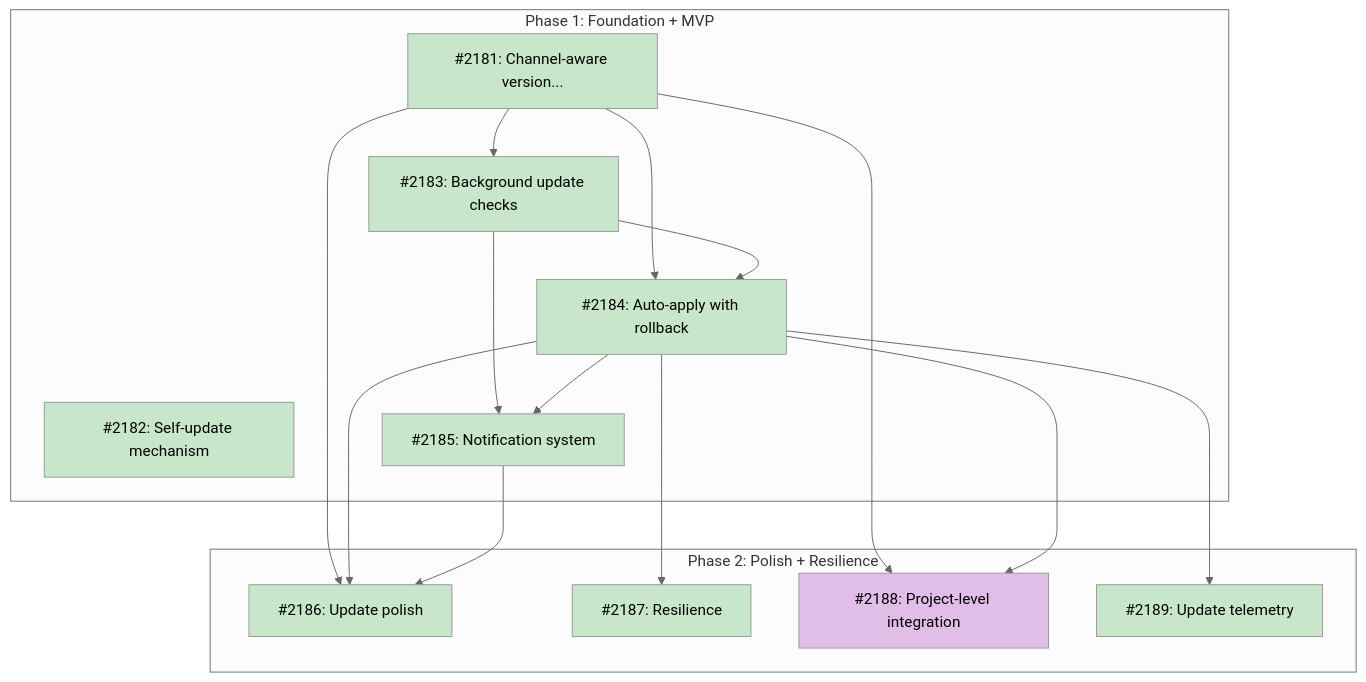
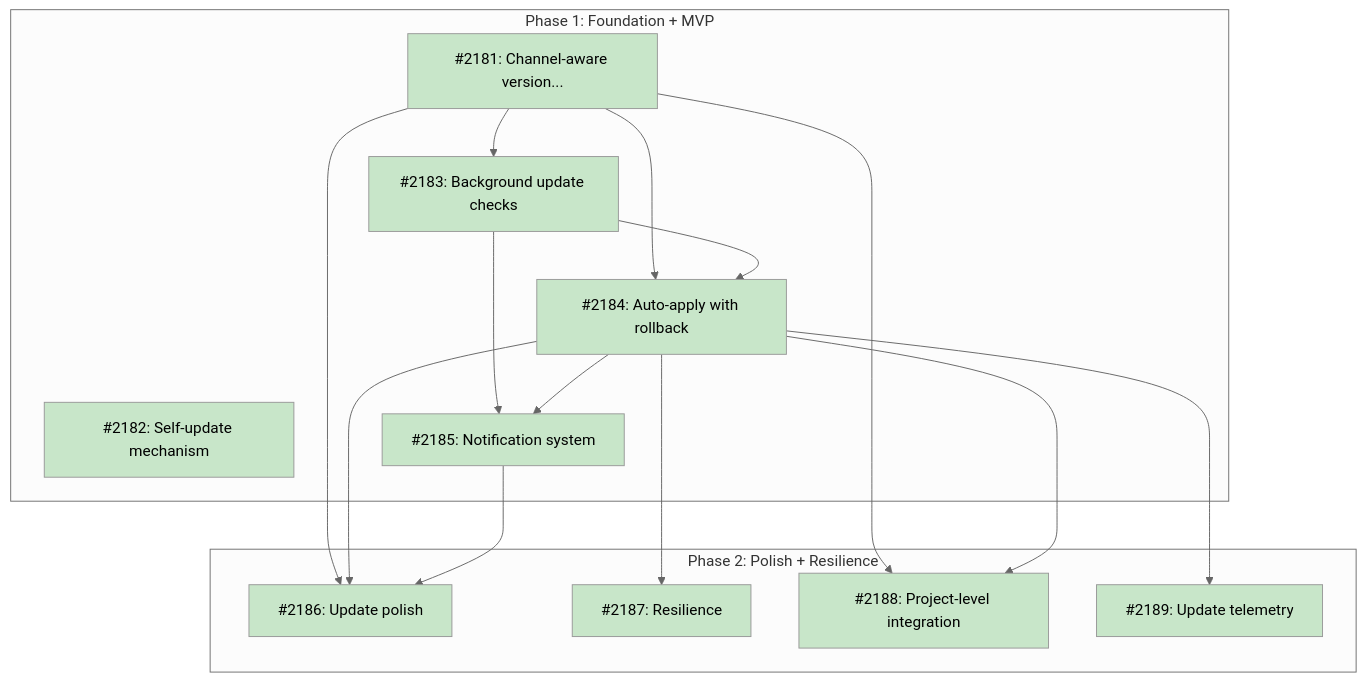
Before and after one commit to tsukumogami/tsuku: the diagram in docs/roadmaps/ROADMAP-auto-update.md, drawn with Mermaid (neutral theme). The commit also changed other lines of this file, not shown here.

First line of the commit message:
docs: mark auto-update roadmap as Done

````diff
--- a/docs/roadmaps/ROADMAP-auto-update.md
+++ b/docs/roadmaps/ROADMAP-auto-update.md
@@ -151,43 +151,42 @@
 ```mermaid
 graph TD
     subgraph Phase1["Phase 1: Foundation + MVP"]
         I2181["#2181: Channel-aware version..."]
         I2182["#2182: Self-update mechanism"]
         I2183["#2183: Background update checks"]
         I2184["#2184: Auto-apply with rollback"]
         I2185["#2185: Notification system"]
     end
 
     subgraph Phase2["Phase 2: Polish + Resilience"]
         I2186["#2186: Update polish"]
         I2187["#2187: Resilience"]
         I2188["#2188: Project-level integration"]
         I2189["#2189: Update telemetry"]
     end
 
     I2181 --> I2183
     I2181 --> I2184
     I2183 --> I2184
     I2183 --> I2185
     I2184 --> I2185
     I2181 --> I2186
     I2184 --> I2186
     I2185 --> I2186
     I2184 --> I2187
     I2181 --> I2188
     I2184 --> I2188
     I2184 --> I2189
 
     classDef done fill:#c8e6c9
     classDef ready fill:#bbdefb
     classDef blocked fill:#fff9c4
     classDef needsDesign fill:#e1bee7
     classDef needsPrd fill:#b3e5fc
     classDef needsSpike fill:#ffcdd2
     classDef needsDecision fill:#d1c4e9
     classDef tracksDesign fill:#FFE0B2,stroke:#F57C00,color:#000
     classDef tracksPlan fill:#FFE0B2,stroke:#F57C00,color:#000
 
-    class I2181,I2182,I2183,I2184,I2185,I2186,I2187,I2189 done
-    class I2188 needsDesign
+    class I2181,I2182,I2183,I2184,I2185,I2186,I2187,I2188,I2189 done
 ```
````
